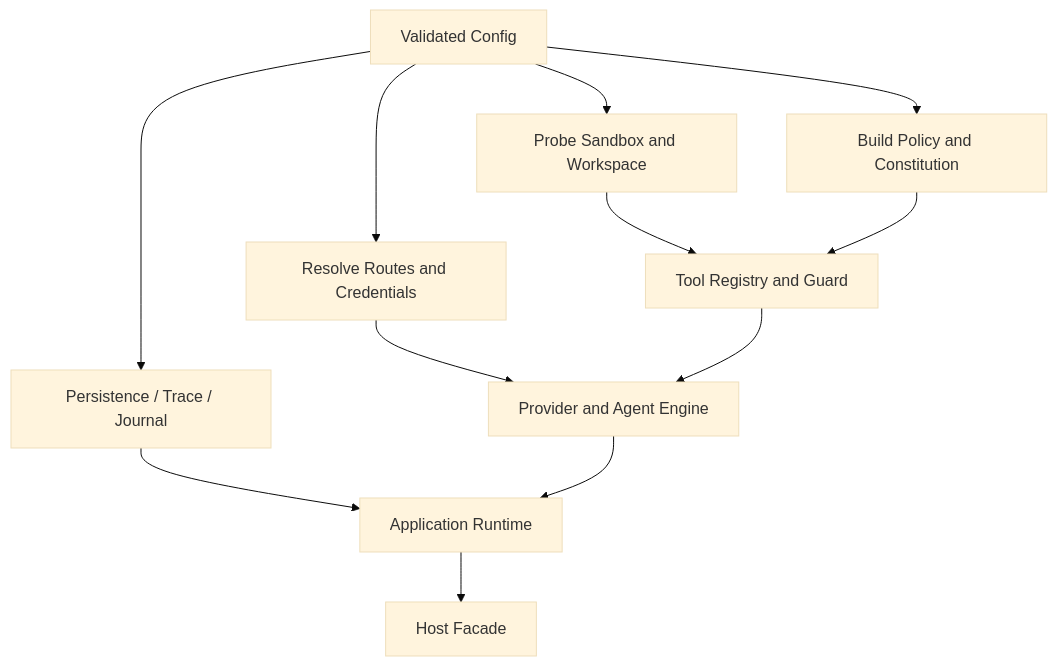
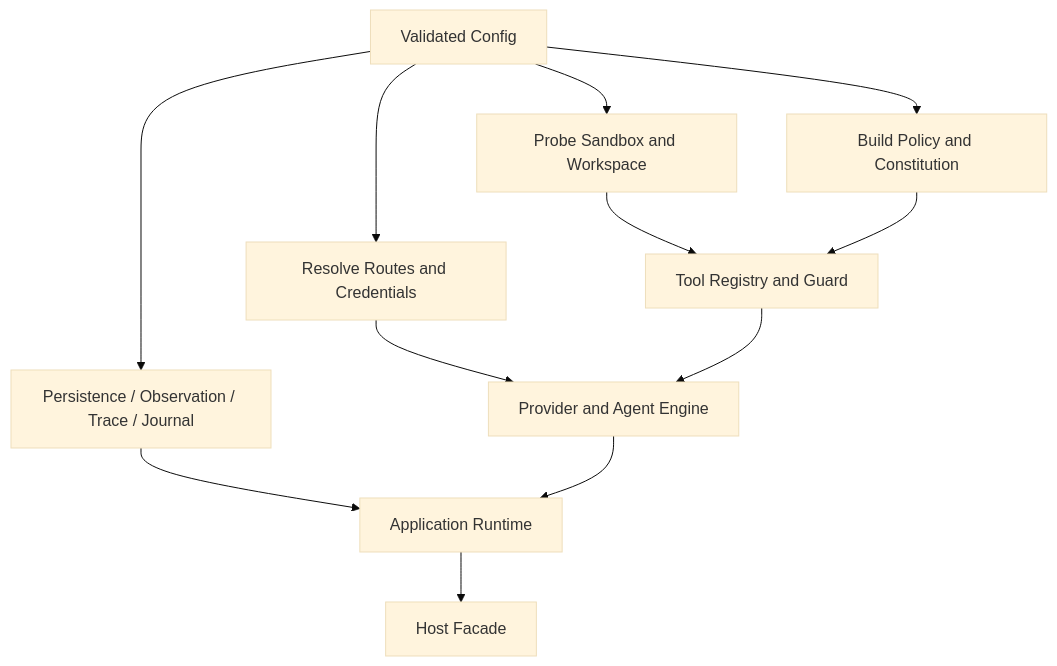
Before and after one commit to fwtllh-png/CodeHelper: the diagram in docs/book/en/03-runtime-kernel/04-dependency-wiring.md, drawn with Mermaid (base theme). The commit also changed other lines of this file and 314 other files, not shown here.

````diff
--- a/docs/book/en/03-runtime-kernel/04-dependency-wiring.md
+++ b/docs/book/en/03-runtime-kernel/04-dependency-wiring.md
@@ -65,14 +70,14 @@
 ```mermaid
 flowchart TD
     C[Validated Config] --> R[Resolve Routes and Credentials]
     C --> S[Probe Sandbox and Workspace]
     C --> P[Build Policy and Constitution]
     R --> E[Provider and Agent Engine]
     S --> G[Tool Registry and Guard]
     P --> G
     G --> E
-    C --> D[Persistence / Trace / Journal]
+    C --> D[Persistence / Observation / Trace / Journal]
     D --> A[Application Runtime]
     E --> A
     A --> H[Host Facade]
 ```
````
